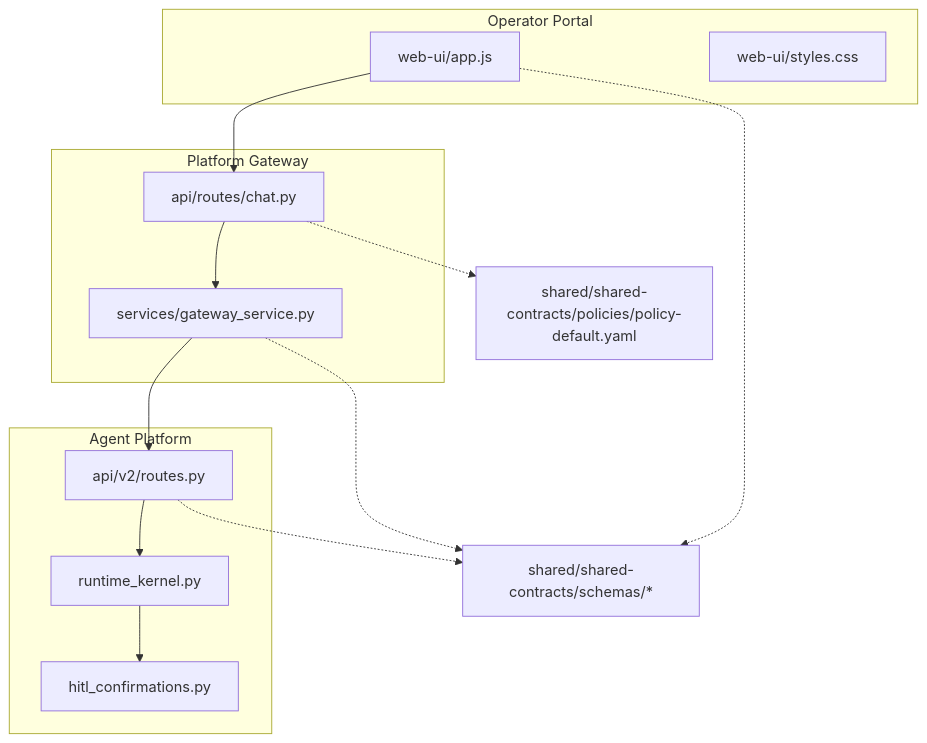
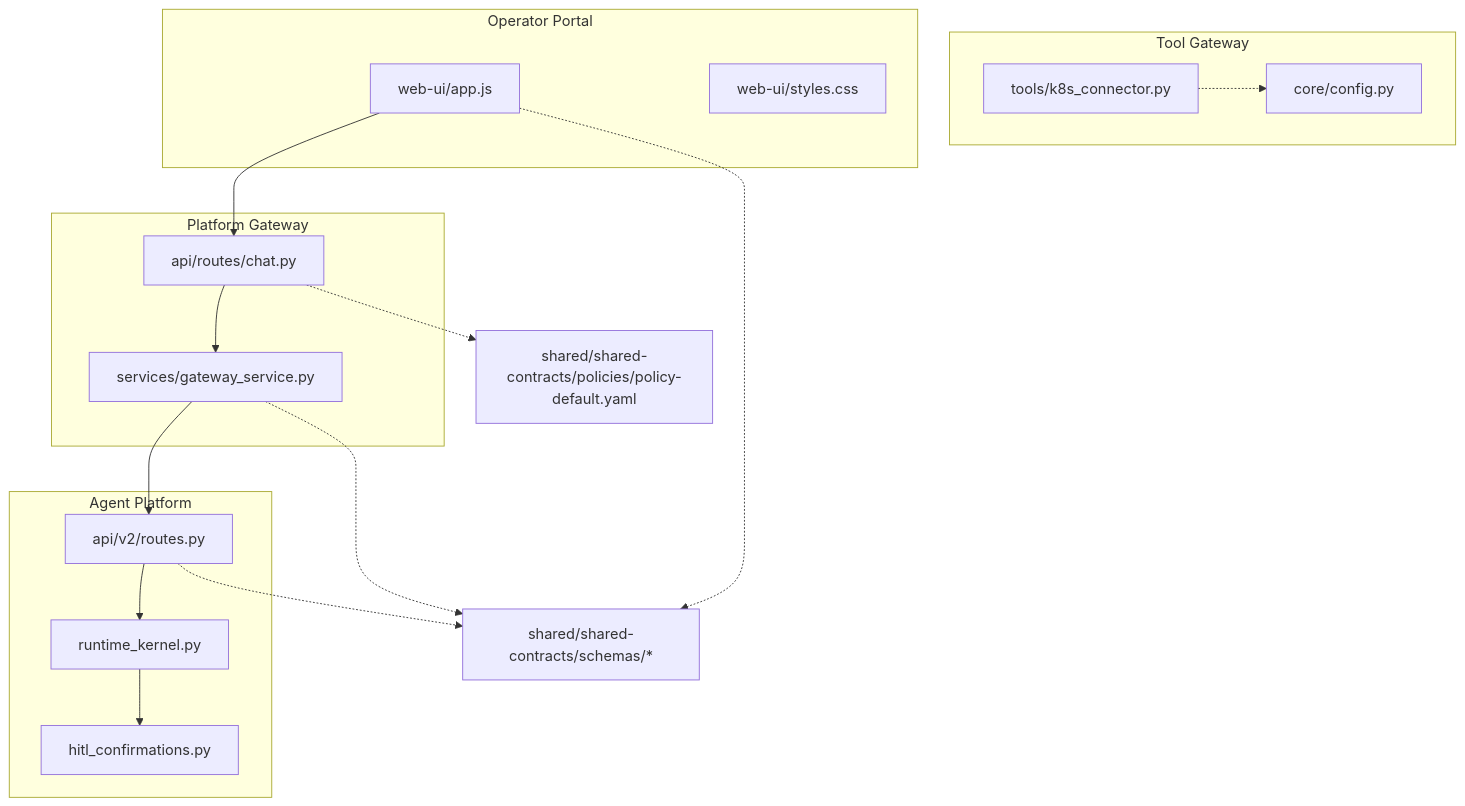
Before and after one commit to metasync/luban-aiops: the first of 9 diagrams in .qoder/repowiki/en/content/Agent Platform Service/HITL Confirmation Bridging (SPEC-020).md, drawn with Mermaid. The commit also changed other lines of this file and 43 other files, not shown here.

````diff
--- a/.qoder/repowiki/en/content/Agent Platform Service/HITL Confirmation Bridging (SPEC-020).md
+++ b/.qoder/repowiki/en/content/Agent Platform Service/HITL Confirmation Bridging (SPEC-020).md
@@ -53,27 +66,32 @@
 ```mermaid
 graph TB
 subgraph "Agent Platform"
 RK["runtime_kernel.py"]
 HC["hitl_confirmations.py"]
 R2["api/v2/routes.py"]
 end
 subgraph "Platform Gateway"
 GC["api/routes/chat.py"]
 GS["services/gateway_service.py"]
+end
+subgraph "Tool Gateway"
+TG["tools/k8s_connector.py"]
+TC["core/config.py"]
 end
 subgraph "Operator Portal"
 PJ["web-ui/app.js"]
 PS["web-ui/styles.css"]
 end
 SC["shared/shared-contracts/schemas/*"]
 POL["shared/shared-contracts/policies/policy-default.yaml"]
 PJ --> GC
 GC --> GS
 GS --> R2
 R2 --> RK
 RK --> HC
 GC -.-> POL
 R2 -.-> SC
 GS -.-> SC
 PJ -.-> SC
+TG -.-> TC
 ```
````
